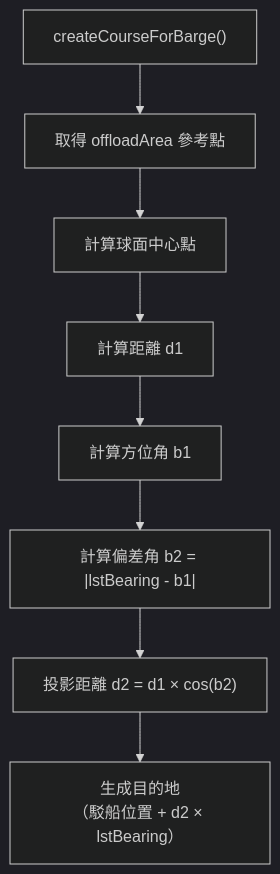
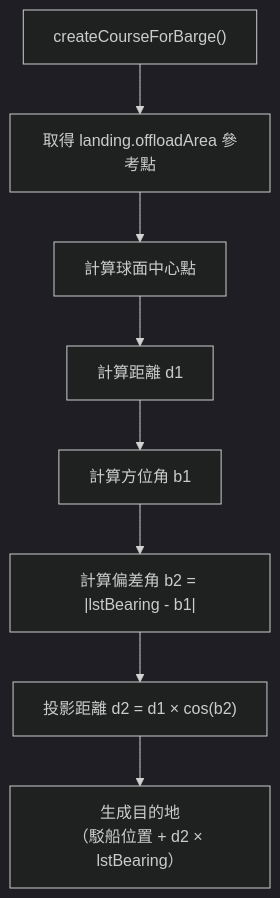
The second of 5 diagrams in docs/landingOps/secondWaveUnloading.md (pullupjumper/formosa-in-flames), drawn with Mermaid (dark theme) before and after one commit. The commit also changed other lines of this file and 30 other files, not shown here.

````diff
--- a/docs/landingOps/secondWaveUnloading.md
+++ b/docs/landingOps/secondWaveUnloading.md
@@ -44,13 +44,13 @@
 ```mermaid
 flowchart TD
     START["createCourseForBarge()"]
-    RP["取得 offloadArea 參考點"]
+    RP["取得 landing.offloadArea 參考點"]
     CENTER["計算球面中心點"]
     D1["計算距離 d1"]
     B1["計算方位角 b1"]
     B2["計算偏差角 b2 = |lstBearing - b1|"]
     D2["投影距離 d2 = d1 × cos(b2)"]
     DEST["生成目的地<br>（駁船位置 + d2 × lstBearing）"]
 
     START --> RP --> CENTER --> D1 --> B1 --> B2 --> D2 --> DEST
 ```
````
